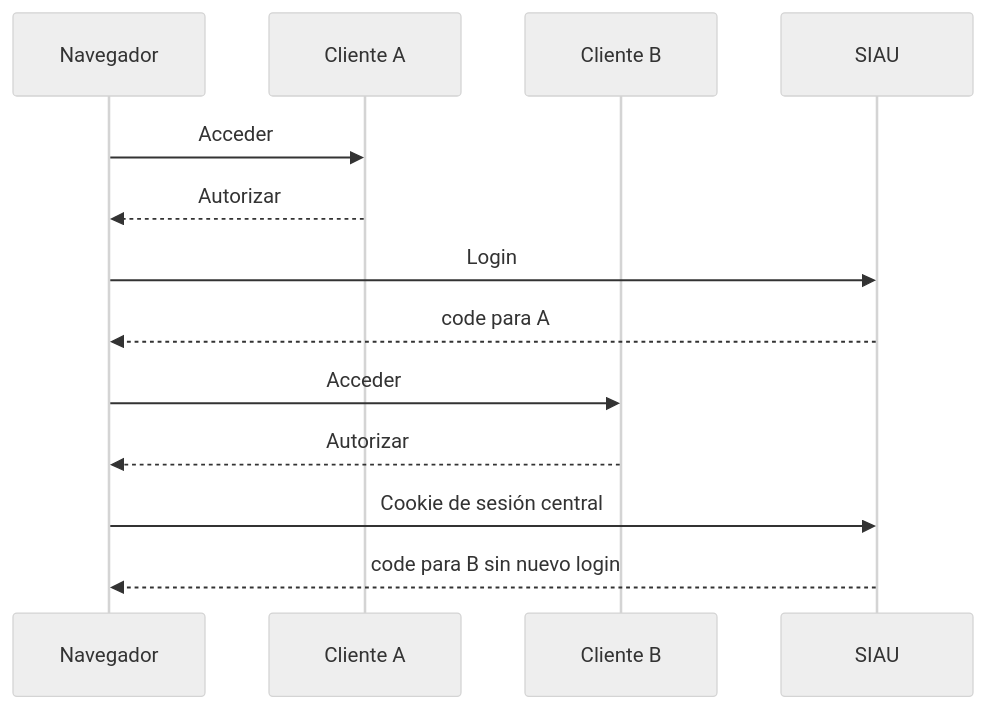
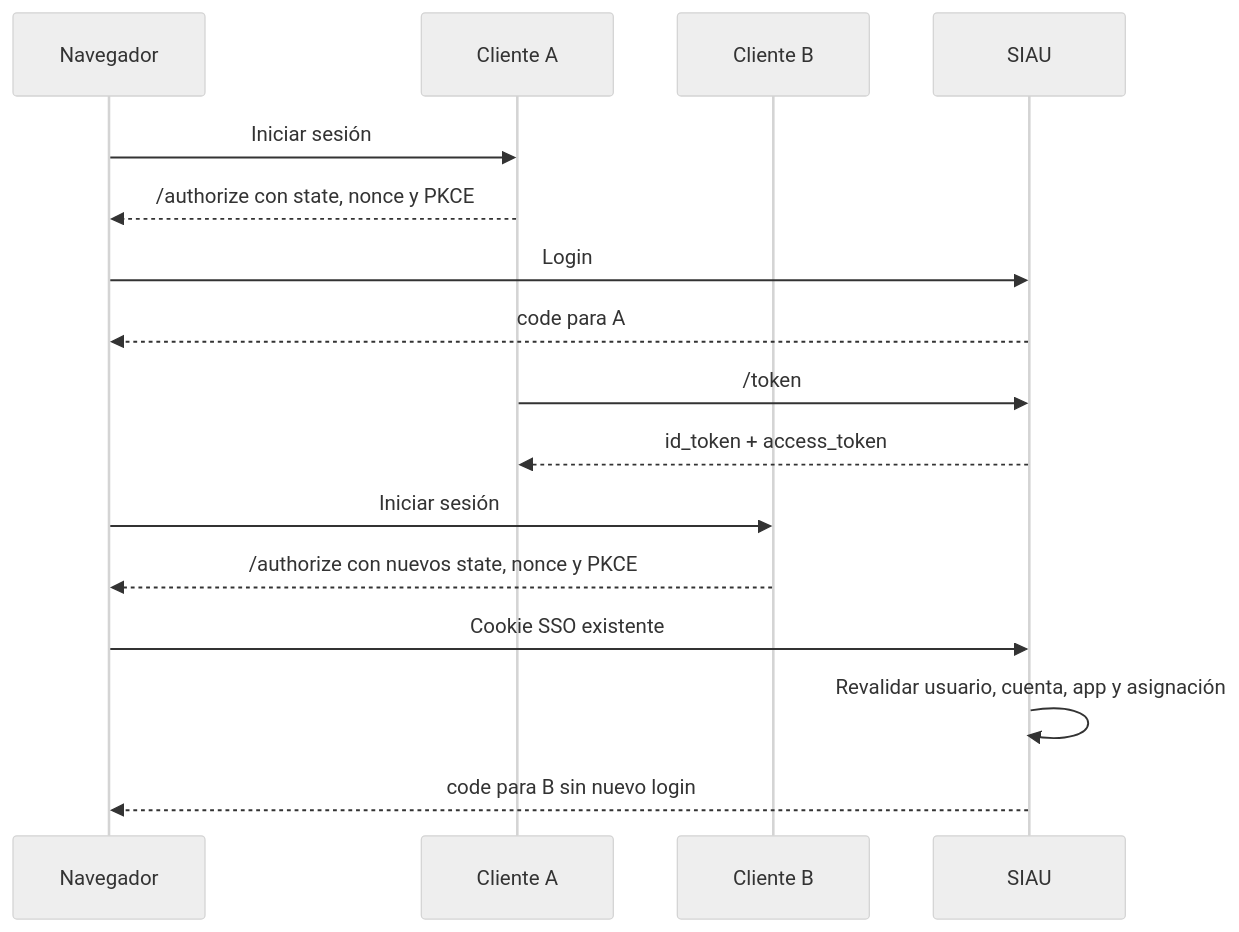
One commit to joselimbertflores/identity-hub-back changed the diagram in docs/architecture/sso-flow.md. Above: the diagram before and after it, drawn with Mermaid (neutral theme). The commit also changed other lines of this file and 26 other files, not shown here.

````diff
--- a/docs/architecture/sso-flow.md
+++ b/docs/architecture/sso-flow.md
@@ -71,15 +96,18 @@
 ```mermaid
 sequenceDiagram
     participant N as Navegador
     participant A as Cliente A
     participant B as Cliente B
     participant S as SIAU
-    N->>A: Acceder
-    A-->>N: Autorizar
+    N->>A: Iniciar sesión
+    A-->>N: /authorize con state, nonce y PKCE
     N->>S: Login
     S-->>N: code para A
-    N->>B: Acceder
-    B-->>N: Autorizar
-    N->>S: Cookie de sesión central
+    A->>S: /token
+    S-->>A: id_token + access_token
+    N->>B: Iniciar sesión
+    B-->>N: /authorize con nuevos state, nonce y PKCE
+    N->>S: Cookie SSO existente
+    S->>S: Revalidar usuario, cuenta, app y asignación
     S-->>N: code para B sin nuevo login
 ```
````
